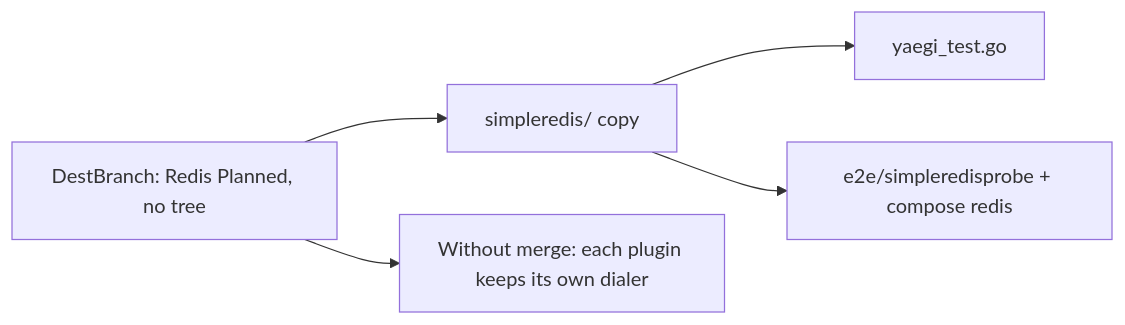
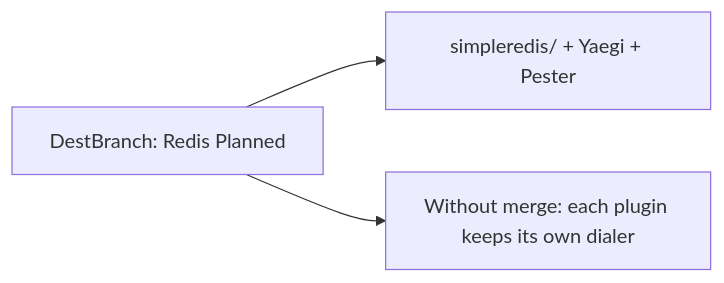
One commit to david-garcia-garcia/traefik-middleware-utilities changed the diagram in devstate/2026/09/2026-09-11-simpleredis/card.md. Above: the diagram before and after it, drawn with Mermaid. The commit also changed other lines of this file and 2 other files, not shown here.

````diff
--- a/devstate/2026/09/2026-09-11-simpleredis/card.md
+++ b/devstate/2026/09/2026-09-11-simpleredis/card.md
@@ -17,7 +15,5 @@
 ```mermaid
 flowchart LR
-  dest["DestBranch: Redis Planned, no tree"] --> copy["simpleredis/ copy"]
-  copy --> yaegi["yaegi_test.go"]
-  copy --> probe["e2e/simpleredisprobe + compose redis"]
+  dest["DestBranch: Redis Planned"] --> copy["simpleredis/ + Yaegi + Pester"]
   dest --> miss["Without merge: each plugin keeps its own dialer"]
 ```
````
